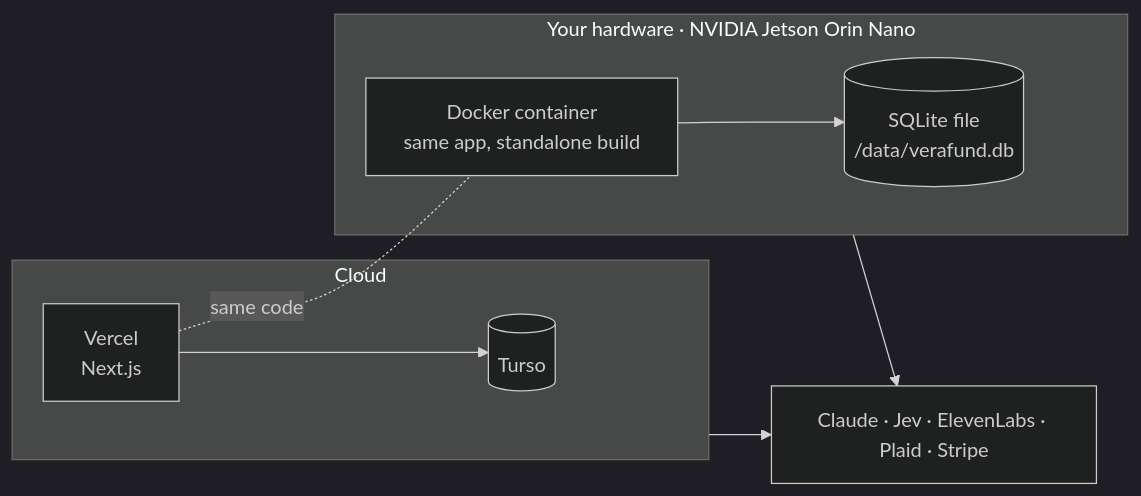
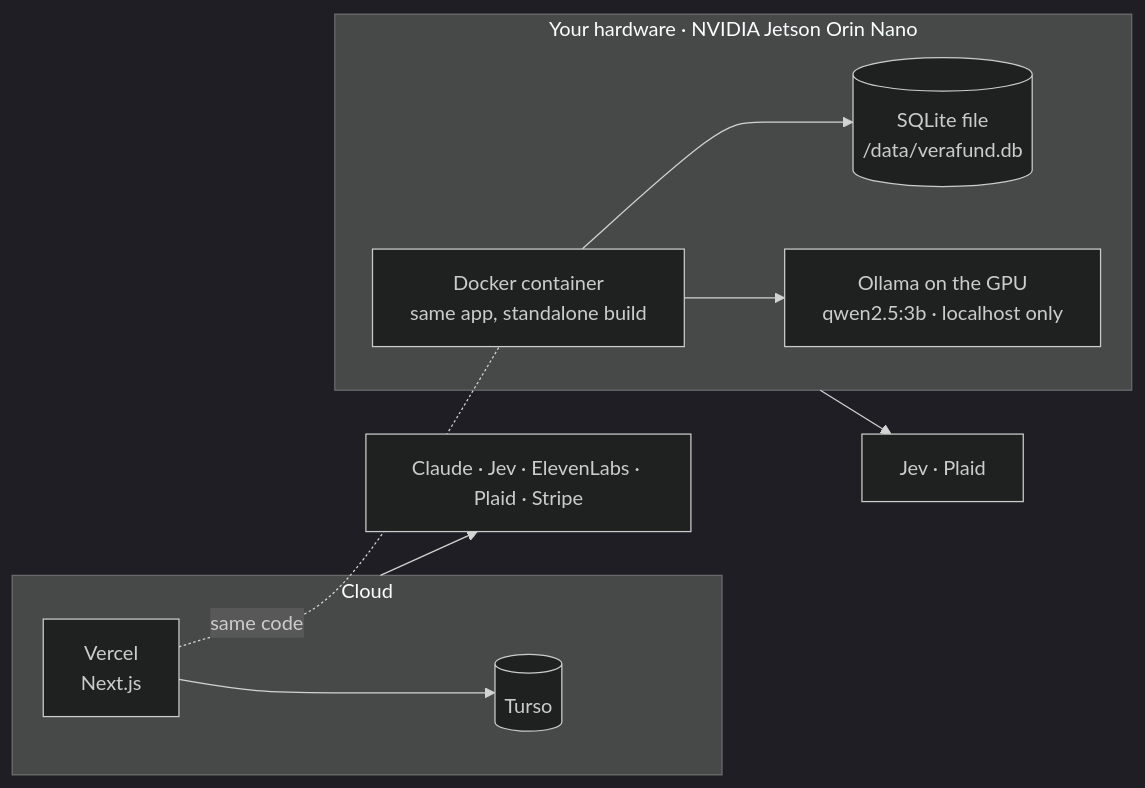
Before and after one commit to mian-abd/verafund: the fifth of 6 diagrams in README.md, drawn with Mermaid (dark theme). The commit also changed other lines of this file and 16 other files, not shown here.

````diff
--- a/README.md
+++ b/README.md
@@ -119,12 +119,13 @@
 ```mermaid
 flowchart LR
   subgraph cloud[Cloud]
     vercel[Vercel<br/>Next.js] --> turso[(Turso)]
   end
   subgraph edge[Your hardware · NVIDIA Jetson Orin Nano]
     docker[Docker container<br/>same app, standalone build] --> sqlite[(SQLite file<br/>/data/verafund.db)]
+    docker --> ollama[Ollama on the GPU<br/>qwen2.5:3b · localhost only]
   end
   vercel -. same code .- docker
   cloud --> apis[Claude · Jev · ElevenLabs · Plaid · Stripe]
-  edge --> apis
+  edge --> apis2[Jev · Plaid]
 ```
````
